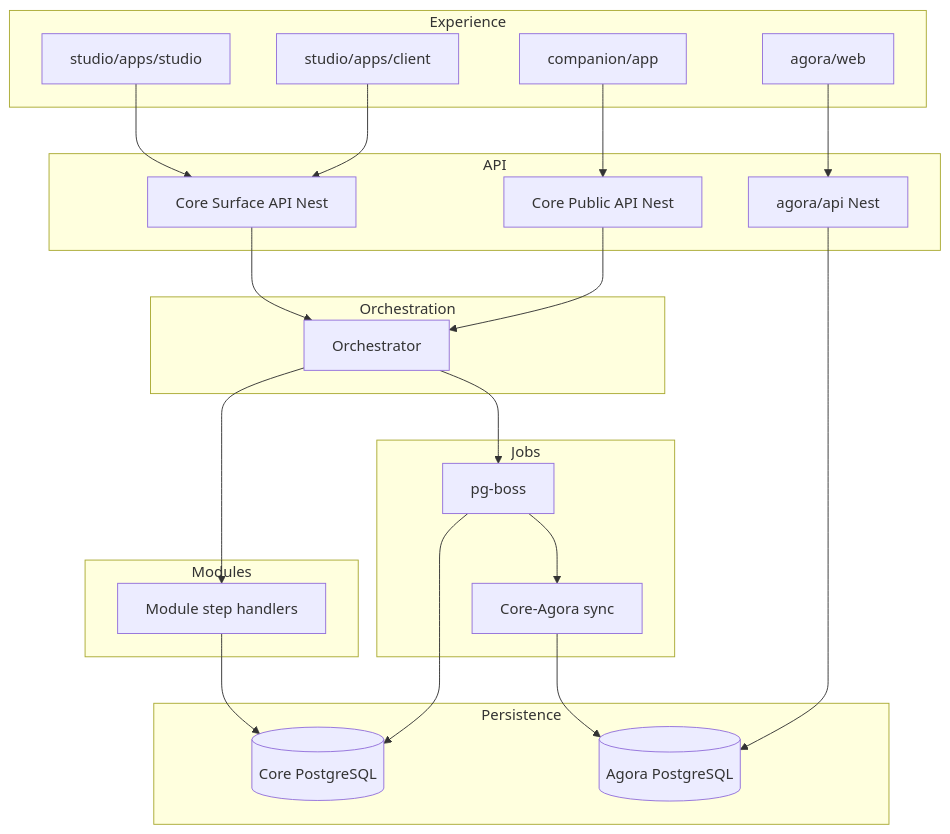
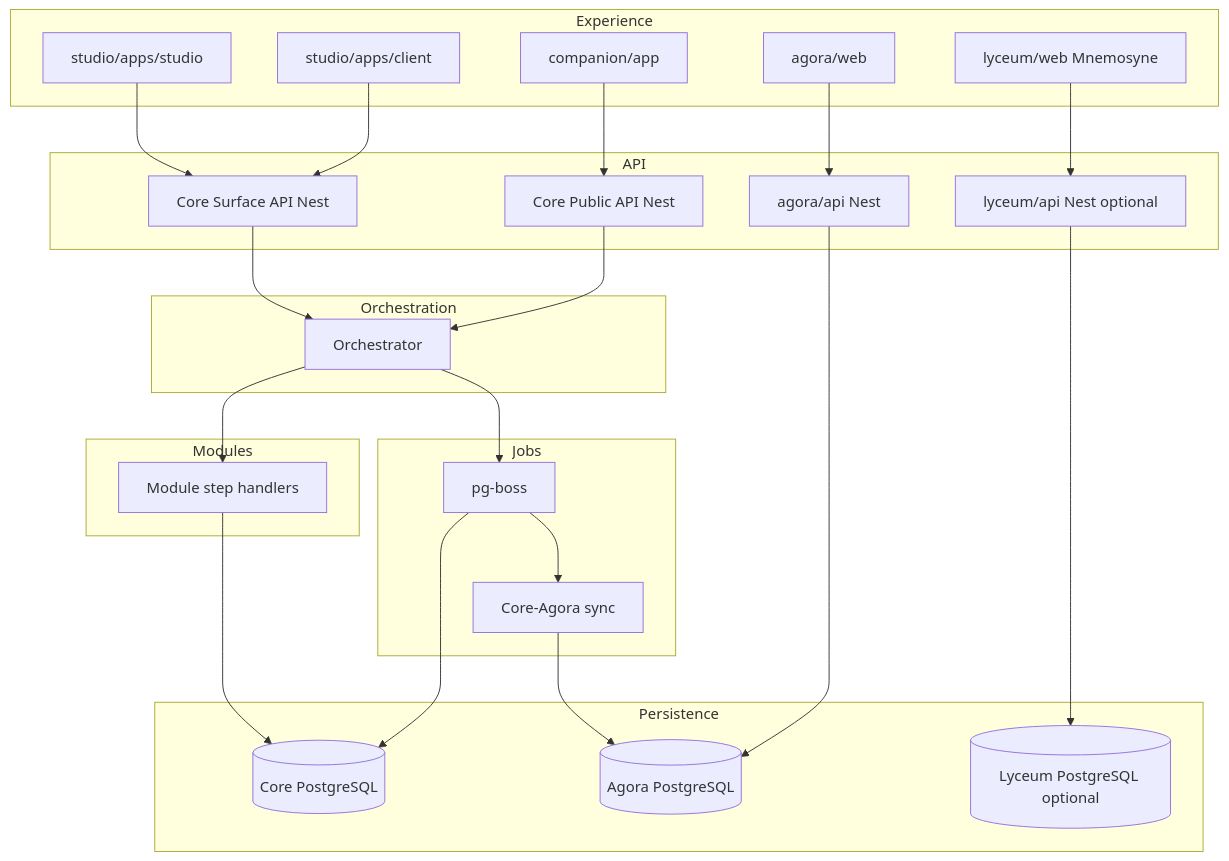
One commit to enabledtocreate/erganis changed the first of 6 diagrams in docs/erganis-product-plan.md. Above: the diagram before and after it, drawn with Mermaid. The commit also changed other lines of this file, not shown here.

````diff
--- a/docs/erganis-product-plan.md
+++ b/docs/erganis-product-plan.md
@@ -206,41 +215,46 @@
 ```mermaid
 flowchart TD
     subgraph Experience
         AppStudio[studio/apps/studio]
         AppClient[studio/apps/client]
         AgoraWeb[agora/web]
+        LyceumWeb[lyceum/web Mnemosyne]
         CompanionApp[companion/app]
     end
     subgraph API
         SurfaceAPI[Core Surface API Nest]
         PublicAPI[Core Public API Nest]
         AgoraAPI[agora/api Nest]
+        LyceumAPI[lyceum/api Nest optional]
     end
     subgraph Orchestration
         Orchestrator[Orchestrator]
     end
     subgraph Modules
         ModuleHandlers[Module step handlers]
     end
     subgraph Persistence
         CoreDB[(Core PostgreSQL)]
         AgoraDB[(Agora PostgreSQL)]
+        LyceumDB[(Lyceum PostgreSQL optional)]
     end
     subgraph Jobs
         JobRunner[pg-boss]
         SyncWorker[Core-Agora sync]
     end
     AppStudio --> SurfaceAPI
     AppClient --> SurfaceAPI
     CompanionApp --> PublicAPI
     AgoraWeb --> AgoraAPI
+    LyceumWeb --> LyceumAPI
     SurfaceAPI --> Orchestrator
     PublicAPI --> Orchestrator
     Orchestrator --> ModuleHandlers
     ModuleHandlers --> CoreDB
     Orchestrator --> JobRunner
     JobRunner --> CoreDB
     JobRunner --> SyncWorker
     SyncWorker --> AgoraDB
     AgoraAPI --> AgoraDB
+    LyceumAPI --> LyceumDB
 ```
````
